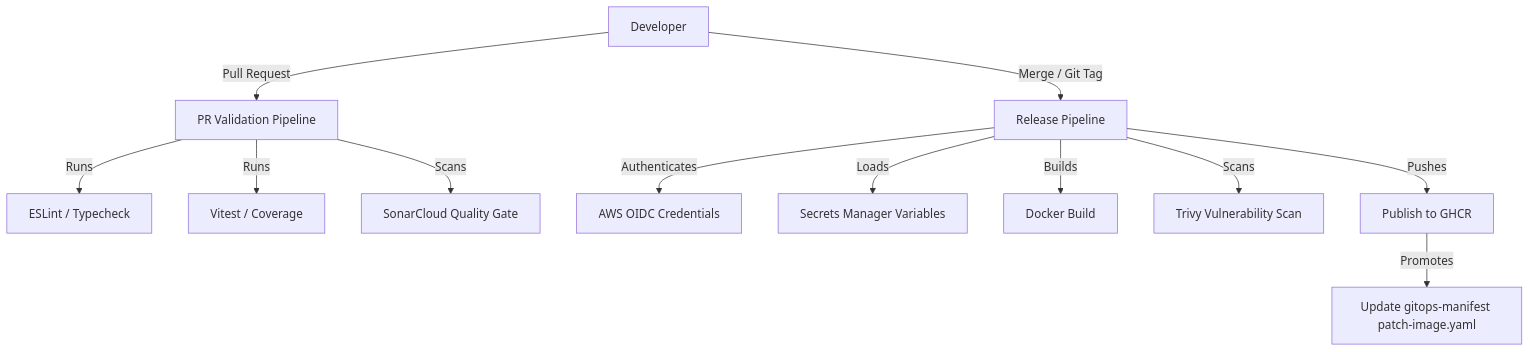
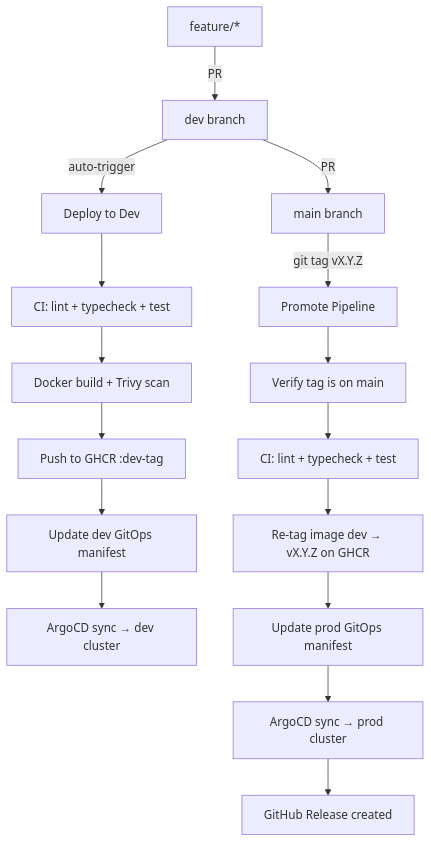
The diagram in README.md (flavoriy/tikto), drawn with Mermaid before and after one commit. The commit also changed other lines of this file, not shown here.

Commit message:
docs: update README with branching strategy and current CI/CD flow

````diff
--- a/README.md
+++ b/README.md
@@ -18,15 +37,19 @@
 ```mermaid
 flowchart TD
-    Developer[Developer] -->|Pull Request| PR[PR Validation Pipeline]
-    PR -->|Runs| Lint[ESLint / Typecheck]
-    PR -->|Runs| Test[Vitest / Coverage]
-    PR -->|Scans| Sonar[SonarCloud Quality Gate]
-    
-    Developer -->|Merge / Git Tag| Tag[Release Pipeline]
-    Tag -->|Authenticates| OIDC[AWS OIDC Credentials]
-    Tag -->|Loads| Secrets[Secrets Manager Variables]
-    Tag -->|Builds| Docker[Docker Build]
-    Tag -->|Scans| Trivy[Trivy Vulnerability Scan]
-    Tag -->|Pushes| GHCR[Publish to GHCR]
-    GHCR -->|Promotes| GitOps[Update gitops-manifest patch-image.yaml]
+    Feature[feature/*] -->|PR| Dev[dev branch]
+    Dev -->|auto-trigger| DeployDev[Deploy to Dev]
+    DeployDev --> CI1[CI: lint + typecheck + test]
+    CI1 --> Build1[Docker build + Trivy scan]
+    Build1 --> Push1[Push to GHCR :dev-tag]
+    Push1 --> GitOps1[Update dev GitOps manifest]
+    GitOps1 --> ArgoCD1[ArgoCD sync → dev cluster]
+
+    Dev -->|PR| Main[main branch]
+    Main -->|git tag vX.Y.Z| Promote[Promote Pipeline]
+    Promote --> Guard[Verify tag is on main]
+    Guard --> CI2[CI: lint + typecheck + test]
+    CI2 --> Retag[Re-tag image dev → vX.Y.Z on GHCR]
+    Retag --> GitOps2[Update prod GitOps manifest]
+    GitOps2 --> ArgoCD2[ArgoCD sync → prod cluster]
+    ArgoCD2 --> Release[GitHub Release created]
 ```
````
